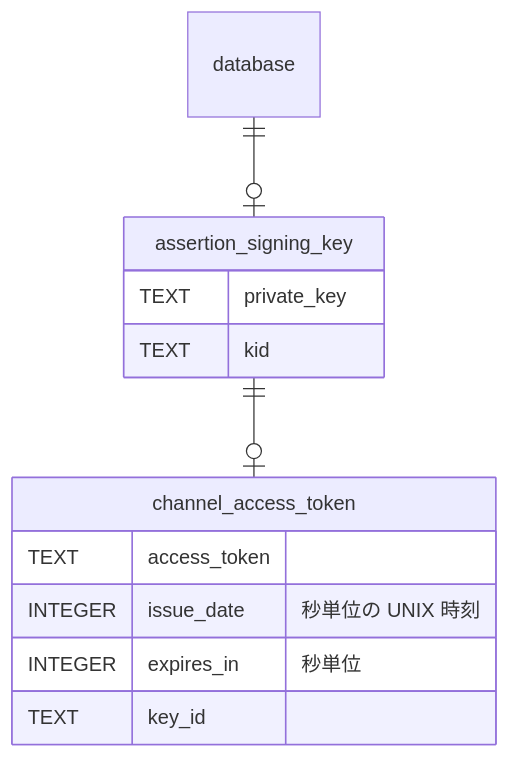
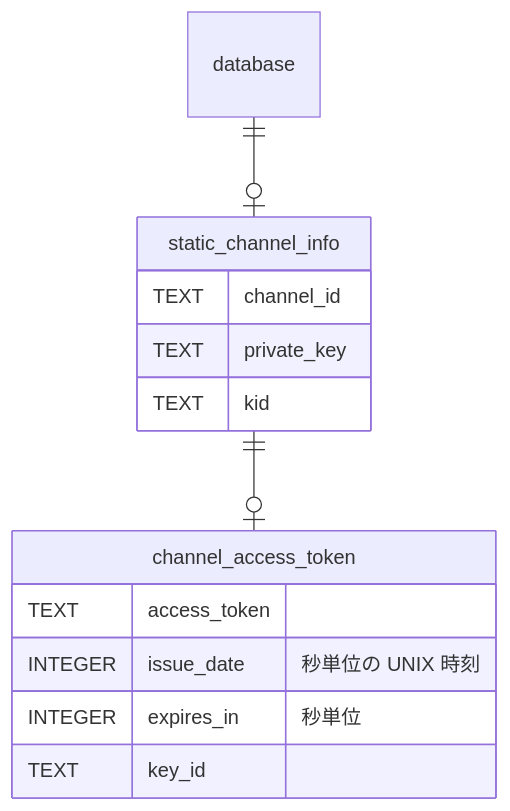
One commit to takejohn/multifunctional-line-bot changed the diagram in common/README.md. Above: the diagram before and after it, drawn with Mermaid. The commit also changed 6 other files, not shown here.

````diff
--- a/common/README.md
+++ b/common/README.md
@@ -5,18 +5,19 @@
 ```mermaid
 erDiagram
 
-database ||--o| assertion_signing_key : ""
-assertion_signing_key ||--o| channel_access_token : ""
+database ||--o| static_channel_info : ""
+static_channel_info ||--o| channel_access_token : ""
 
-assertion_signing_key {
+static_channel_info {
+    TEXT channel_id
     TEXT private_key
     TEXT kid
 }
 
 channel_access_token {
     TEXT access_token
     INTEGER issue_date "秒単位の UNIX 時刻"
     INTEGER expires_in "秒単位"
     TEXT key_id
 }
 ```
````
